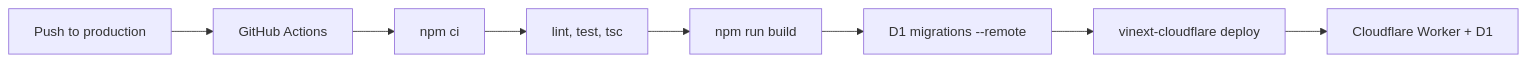
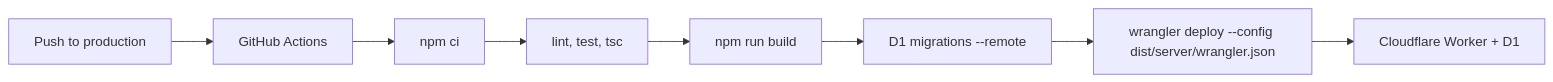
One commit to yogzis/Padel-Mate changed the sixth of 24 diagrams in docs/04-project-diagrams.md. Above: the diagram before and after it, drawn with Mermaid. The commit also changed 3 other files, not shown here.

````diff
--- a/docs/04-project-diagrams.md
+++ b/docs/04-project-diagrams.md
@@ -163,10 +163,10 @@
 ```mermaid
 flowchart LR
   A[Push to production] --> B[GitHub Actions]
   B --> C[npm ci]
   C --> D[lint, test, tsc]
   D --> E[npm run build]
   E --> F[D1 migrations --remote]
-  F --> G[vinext-cloudflare deploy]
+  F --> G["wrangler deploy --config dist/server/wrangler.json"]
   G --> H[Cloudflare Worker + D1]
 ```
````
